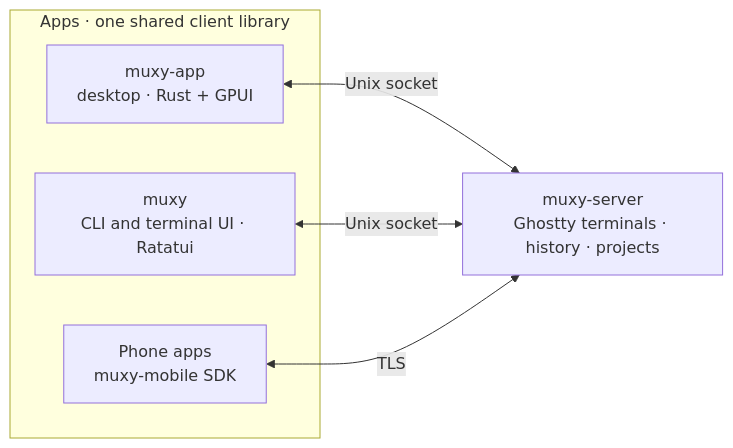
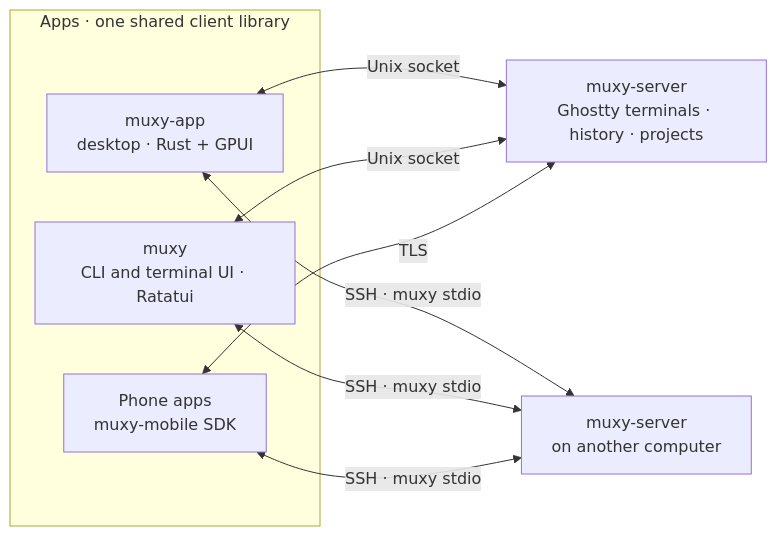
Before and after one commit to muxy-app/muxy: the diagram in docs/tech/README.md, drawn with Mermaid. The commit also changed 224 other files, not shown here.

````diff
--- a/docs/tech/README.md
+++ b/docs/tech/README.md
@@ -5,12 +5,16 @@
 ```mermaid
 flowchart LR
     subgraph APPS["Apps · one shared client library"]
         DESKTOP["muxy-app<br/>desktop · Rust + GPUI"]
         TUI["muxy<br/>CLI and terminal UI · Ratatui"]
         PHONE["Phone apps<br/>muxy-mobile SDK"]
     end
     SERVER["muxy-server<br/>Ghostty terminals · history · projects"]
+    REMOTE["muxy-server<br/>on another computer"]
     DESKTOP <-->|"Unix socket"| SERVER
     TUI <-->|"Unix socket"| SERVER
+    DESKTOP <-->|"SSH · muxy stdio"| REMOTE
+    TUI <-->|"SSH · muxy stdio"| REMOTE
     PHONE <-->|"TLS"| SERVER
+    PHONE <-->|"SSH · muxy stdio"| REMOTE
 ```
````
